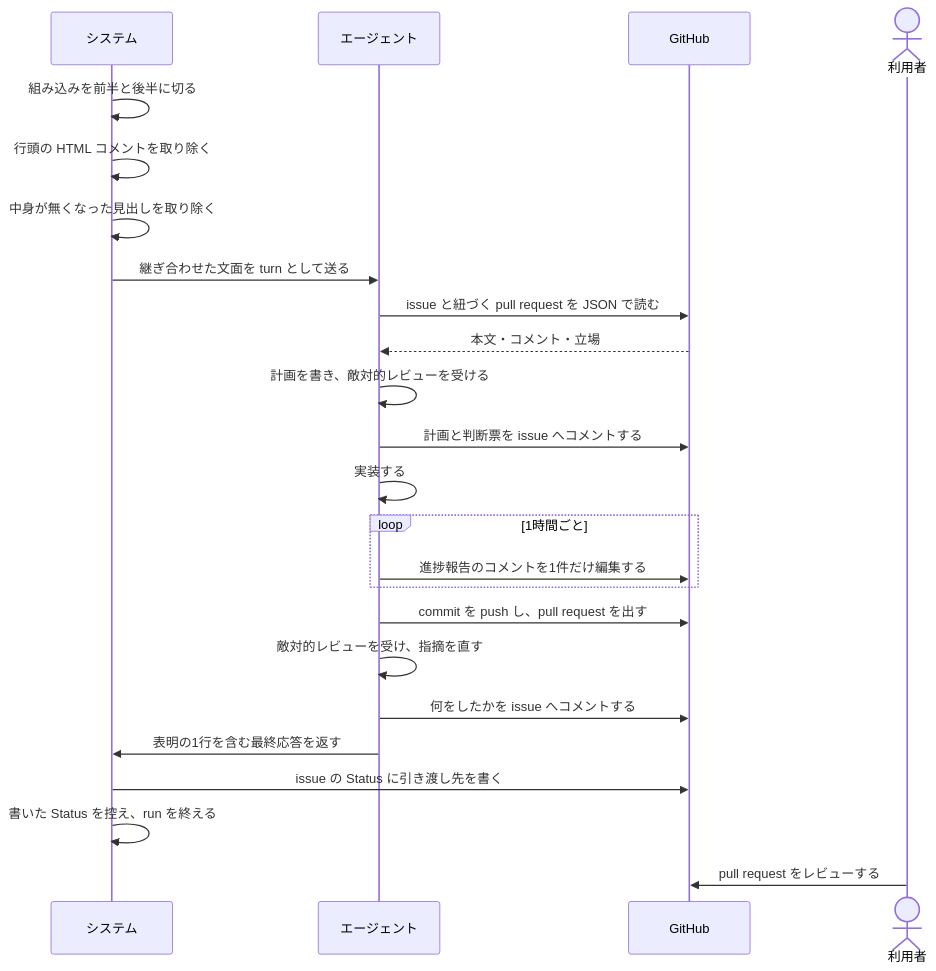
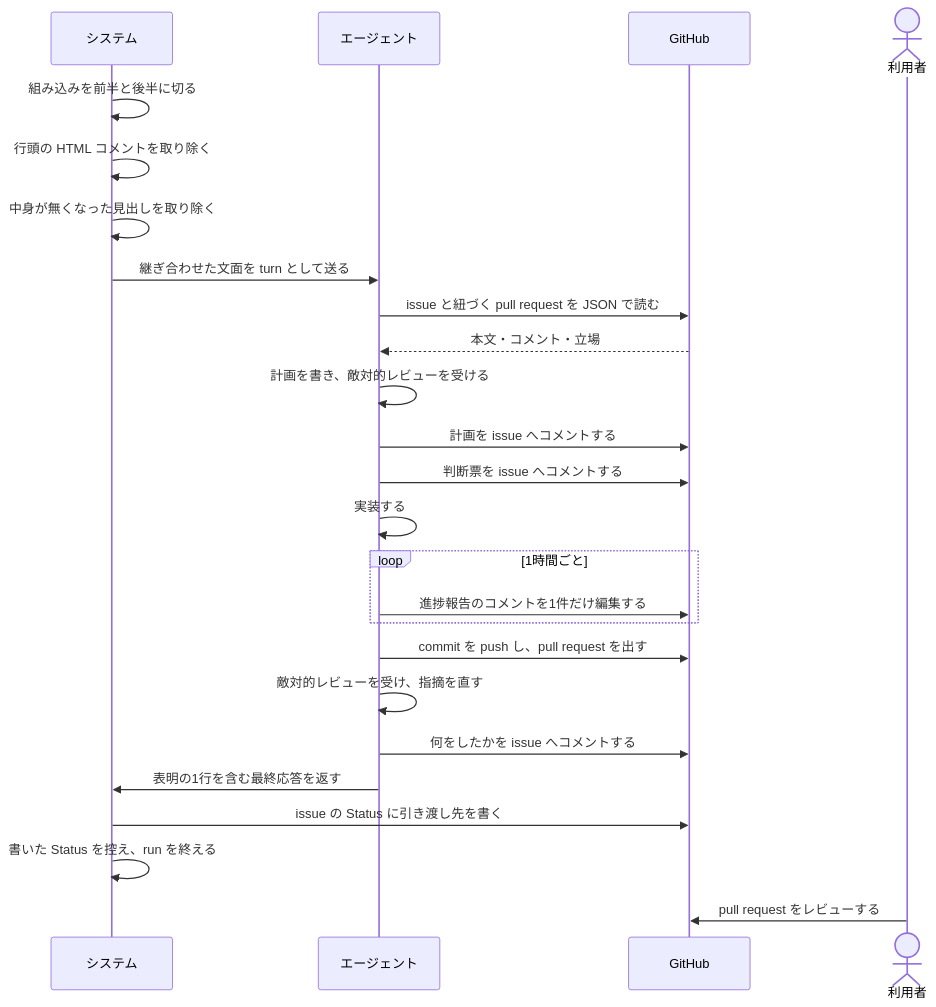
The first of 2 diagrams in docs/spec/usecases/particular_case/指示書に沿って issue を1件仕上げる.rucm.md (maimuzo/continuo), drawn with Mermaid before and after one commit. The commit also changed other lines of this file and 6 other files, not shown here.

First line of the commit message:
計画を issue へ書かせる段を組み込みの指示書へ入れる 貼り先と目印の扱いを決め、写しと仕様も揃える

````diff
--- a/docs/spec/usecases/particular_case/指示書に沿って issue を1件仕上げる.rucm.md
+++ b/docs/spec/usecases/particular_case/指示書に沿って issue を1件仕上げる.rucm.md
@@ -126,27 +127,28 @@
 ```mermaid
 sequenceDiagram
     participant S as システム
     participant CC as エージェント
     participant GH as GitHub
     actor U as 利用者
 
     S->>S: 組み込みを前半と後半に切る
     S->>S: 行頭の HTML コメントを取り除く
     S->>S: 中身が無くなった見出しを取り除く
     S->>CC: 継ぎ合わせた文面を turn として送る
     CC->>GH: issue と紐づく pull request を JSON で読む
     GH-->>CC: 本文・コメント・立場
     CC->>CC: 計画を書き、敵対的レビューを受ける
-    CC->>GH: 計画と判断票を issue へコメントする
+    CC->>GH: 計画を issue へコメントする
+    CC->>GH: 判断票を issue へコメントする
     CC->>CC: 実装する
     loop 1時間ごと
         CC->>GH: 進捗報告のコメントを1件だけ編集する
     end
     CC->>GH: commit を push し、pull request を出す
     CC->>CC: 敵対的レビューを受け、指摘を直す
     CC->>GH: 何をしたかを issue へコメントする
     CC->>S: 表明の1行を含む最終応答を返す
     S->>GH: issue の Status に引き渡し先を書く
     S->>S: 書いた Status を控え、run を終える
     U->>GH: pull request をレビューする
 ```
````
